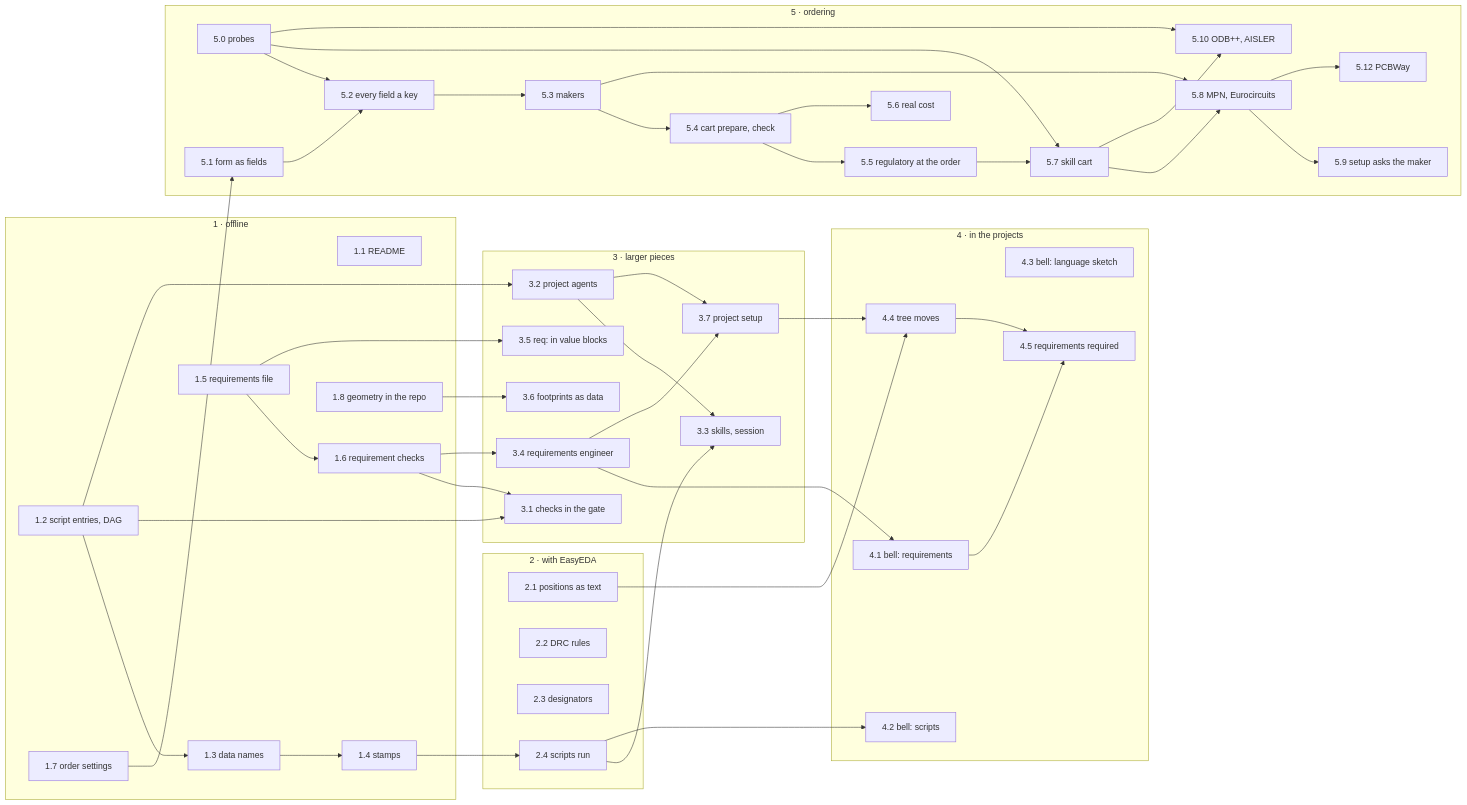
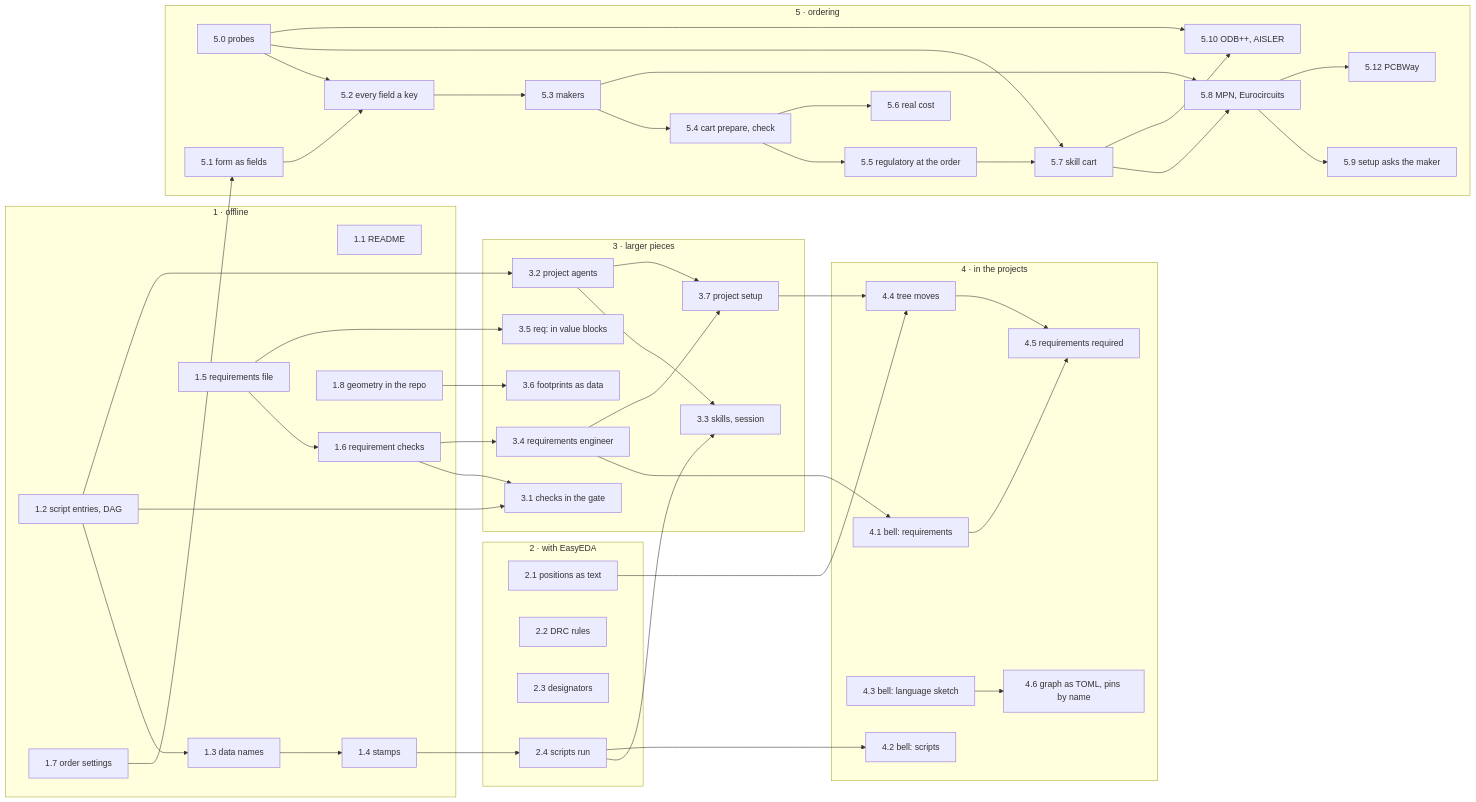
Before and after one commit to tgd1975/edakit: the diagram in docs/concepts/new/implementation-plan.md, drawn with Mermaid. The commit also changed other lines of this file and 2 other files, not shown here.

````diff
--- a/docs/concepts/new/implementation-plan.md
+++ b/docs/concepts/new/implementation-plan.md
@@ -79,66 +80,68 @@
 ```mermaid
 flowchart LR
   subgraph P1["1 · offline"]
     s11["1.1 README"]
     s12["1.2 script entries, DAG"] --> s13["1.3 data names"] --> s14["1.4 stamps"]
     s15["1.5 requirements file"] --> s16["1.6 requirement checks"]
     s17["1.7 order settings"]
     s18["1.8 geometry in the repo"]
   end
   subgraph P2["2 · with EasyEDA"]
     s21["2.1 positions as text"]
     s22["2.2 DRC rules"]
     s23["2.3 designators"]
     s24["2.4 scripts run"]
   end
   subgraph P3["3 · larger pieces"]
     s31["3.1 checks in the gate"]
     s32["3.2 project agents"]
     s33["3.3 skills, session"]
     s34["3.4 requirements engineer"]
     s35["3.5 req: in value blocks"]
     s36["3.6 footprints as data"]
     s37["3.7 project setup"]
   end
   subgraph P4["4 · in the projects"]
     s41["4.1 bell: requirements"]
     s42["4.2 bell: scripts"]
     s43["4.3 bell: language sketch"]
     s44["4.4 tree moves"]
     s45["4.5 requirements required"]
+    s46["4.6 graph as TOML, pins by name"]
   end
   subgraph P5["5 · ordering"]
     s50["5.0 probes"]
     s51["5.1 form as fields"] --> s52["5.2 every field a key"] --> s53["5.3 makers"] --> s54["5.4 cart prepare, check"]
     s54 --> s55["5.5 regulatory at the order"]
     s54 --> s56["5.6 real cost"]
     s57["5.7 skill cart"]
     s58["5.8 MPN, Eurocircuits"]
     s59["5.9 setup asks the maker"]
     s510["5.10 ODB++, AISLER"]
     s512["5.12 PCBWay"]
   end
   s14 --> s24 --> s33
   s12 --> s31
   s16 --> s31
   s12 --> s32 --> s33
   s16 --> s34 --> s41
   s15 --> s35
   s18 --> s36
   s24 --> s42
   s32 --> s37
   s34 --> s37
   s21 --> s44
   s37 --> s44
   s41 --> s45
   s44 --> s45
+  s43 --> s46
   s50 --> s52
   s50 --> s57
   s55 --> s57
   s53 --> s58
   s57 --> s58 --> s59
   s50 --> s510
   s57 --> s510
   s58 --> s512
   s17 --> s51
 ```
````
